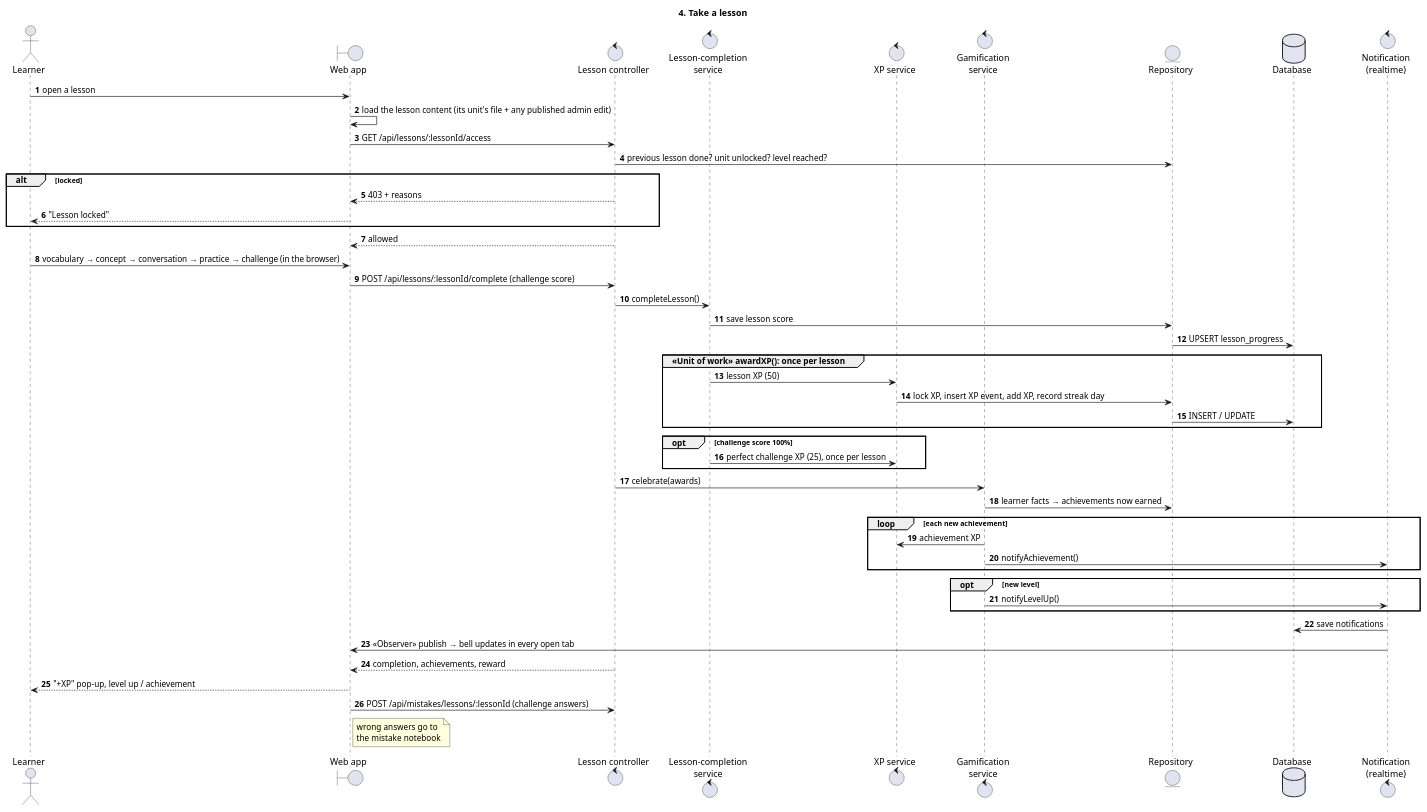
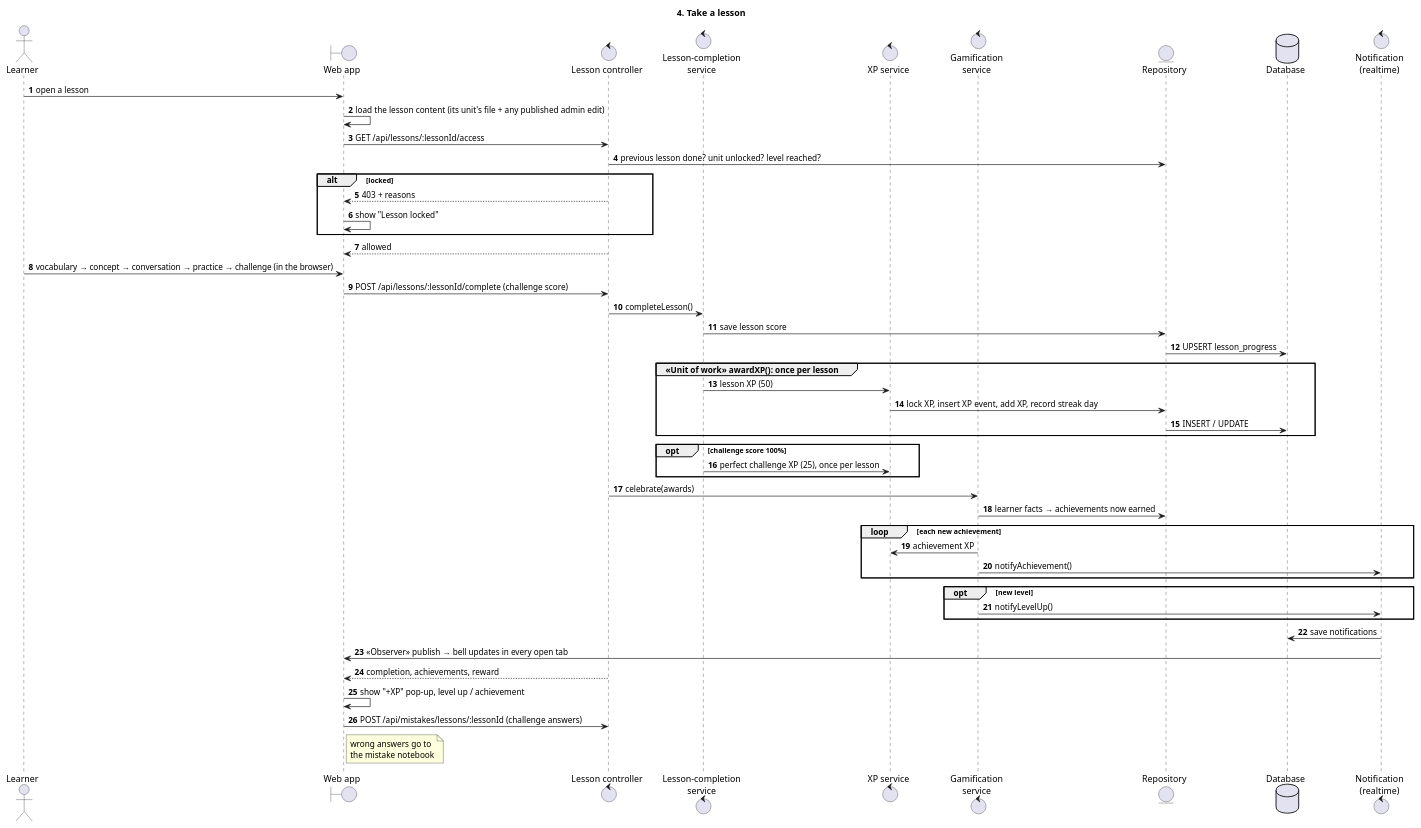
The diagram in Diagram/sequence/04-take-a-lesson.puml (BLF2710/Nihongo-Training), drawn with PlantUML before and after one commit. The commit also changed 94 other files, not shown here.

```diff
--- a/Diagram/sequence/04-take-a-lesson.puml
+++ b/Diagram/sequence/04-take-a-lesson.puml
@@ -14,54 +14,54 @@
 @startuml 04 Take a lesson
 title 4. Take a lesson
 autonumber
 skinparam sequenceMessageAlign left
 skinparam responseMessageBelowArrow true
 
 actor Learner
 boundary "Web app" as Web
 control "Lesson controller" as Ctrl
 control "Lesson-completion\nservice" as Svc
 control "XP service" as XP
 control "Gamification\nservice" as Gam
 entity "Repository" as Repo
 database "Database" as DB
 control "Notification\n(realtime)" as Notif
 
 Learner -> Web : open a lesson
 Web -> Web : load the lesson content (its unit's file + any published admin edit)
 Web -> Ctrl : GET /api/lessons/:lessonId/access
 Ctrl -> Repo : previous lesson done? unit unlocked? level reached?
 alt locked
   Ctrl --> Web : 403 + reasons
-  Web --> Learner : "Lesson locked"
+  Web -> Web : show "Lesson locked"
 end
 Ctrl --> Web : allowed
 Learner -> Web : vocabulary → concept → conversation → practice → challenge (in the browser)
 Web -> Ctrl : POST /api/lessons/:lessonId/complete (challenge score)
 Ctrl -> Svc : completeLesson()
 Svc -> Repo : save lesson score
 Repo -> DB : UPSERT lesson_progress
 group «Unit of work» awardXP(): once per lesson
   Svc -> XP : lesson XP (50)
   XP -> Repo : lock XP, insert XP event, add XP, record streak day
   Repo -> DB : INSERT / UPDATE
 end
 opt challenge score 100%
   Svc -> XP : perfect challenge XP (25), once per lesson
 end
 Ctrl -> Gam : celebrate(awards)
 Gam -> Repo : learner facts → achievements now earned
 loop each new achievement
   Gam -> XP : achievement XP
   Gam -> Notif : notifyAchievement()
 end
 opt new level
   Gam -> Notif : notifyLevelUp()
 end
 Notif -> DB : save notifications
 Notif -> Web : «Observer» publish → bell updates in every open tab
 Ctrl --> Web : completion, achievements, reward
-Web --> Learner : "+XP" pop-up, level up / achievement
+Web -> Web : show "+XP" pop-up, level up / achievement
 Web -> Ctrl : POST /api/mistakes/lessons/:lessonId (challenge answers)
 note right of Web : wrong answers go to\nthe mistake notebook
 @enduml
```
